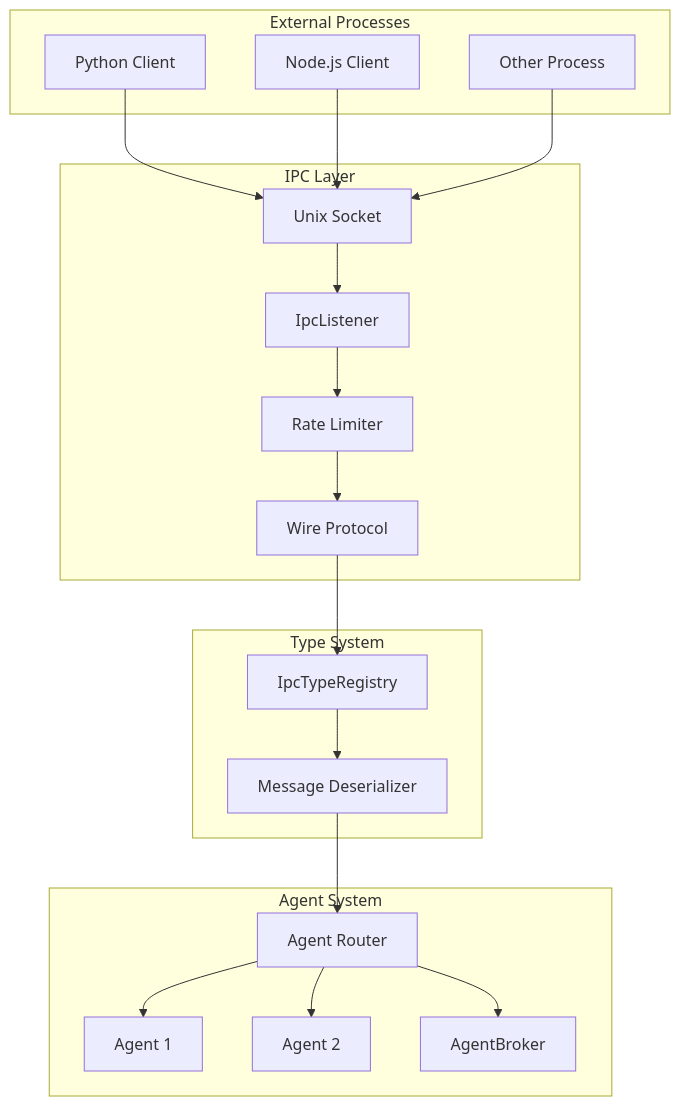
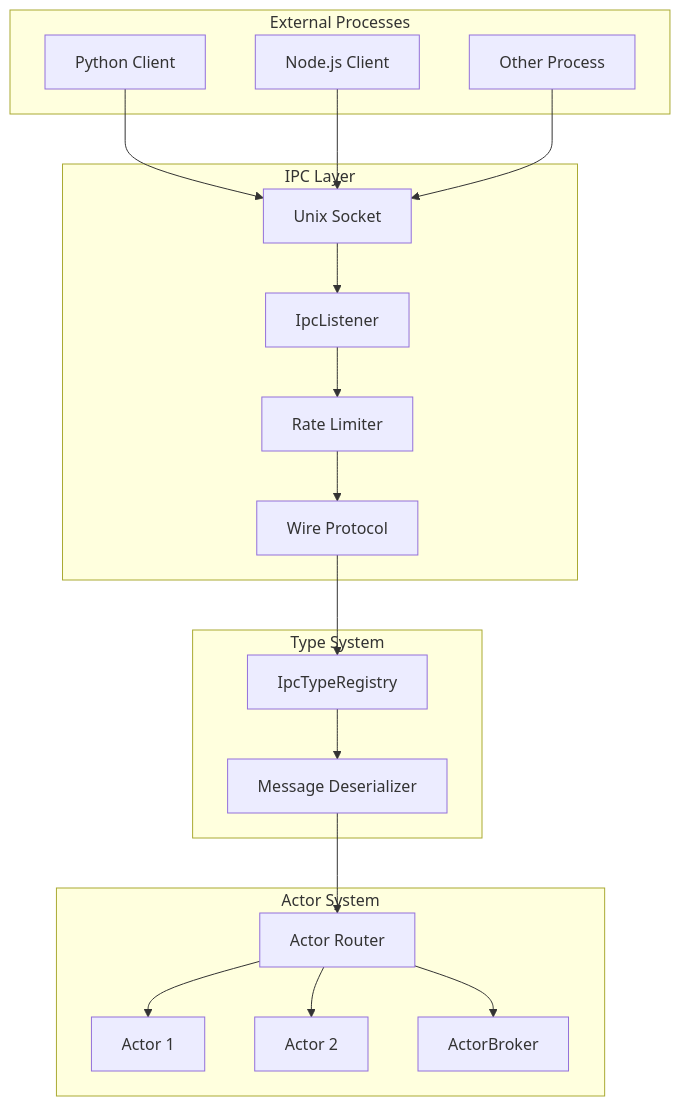
The tenth of 12 diagrams in acton-docs-site/src/app/docs/architecture/page.md (Govcraft/acton-reactive), drawn with Mermaid before and after one commit. The commit also changed other lines of this file and 115 other files, not shown here.

````diff
--- a/acton-docs-site/src/app/docs/architecture/page.md
+++ b/acton-docs-site/src/app/docs/architecture/page.md
@@ -415,42 +461,42 @@
 ```mermaid
 graph TB
     subgraph ExtProcs["External Processes"]
         Client1["Python Client"]
         Client2["Node.js Client"]
         Client3["Other Process"]
     end
 
     subgraph IPCLayer["IPC Layer"]
         Socket["Unix Socket"]
         Listener["IpcListener"]
         Protocol["Wire Protocol"]
         RateLimiter["Rate Limiter"]
     end
 
     subgraph TypeSys["Type System"]
         Registry["IpcTypeRegistry"]
         Deserializer["Message Deserializer"]
     end
 
-    subgraph AgentSys["Agent System"]
-        Router["Agent Router"]
-        Agent1["Agent 1"]
-        Agent2["Agent 2"]
-        BrokerNode["AgentBroker"]
+    subgraph ActorSys["Actor System"]
+        Router["Actor Router"]
+        Actor1["Actor 1"]
+        Actor2["Actor 2"]
+        BrokerNode["ActorBroker"]
     end
 
     Client1 --> Socket
     Client2 --> Socket
     Client3 --> Socket
 
     Socket --> Listener
     Listener --> RateLimiter
     RateLimiter --> Protocol
     Protocol --> Registry
     Registry --> Deserializer
     Deserializer --> Router
 
-    Router --> Agent1
-    Router --> Agent2
+    Router --> Actor1
+    Router --> Actor2
     Router --> BrokerNode
 ```
````
